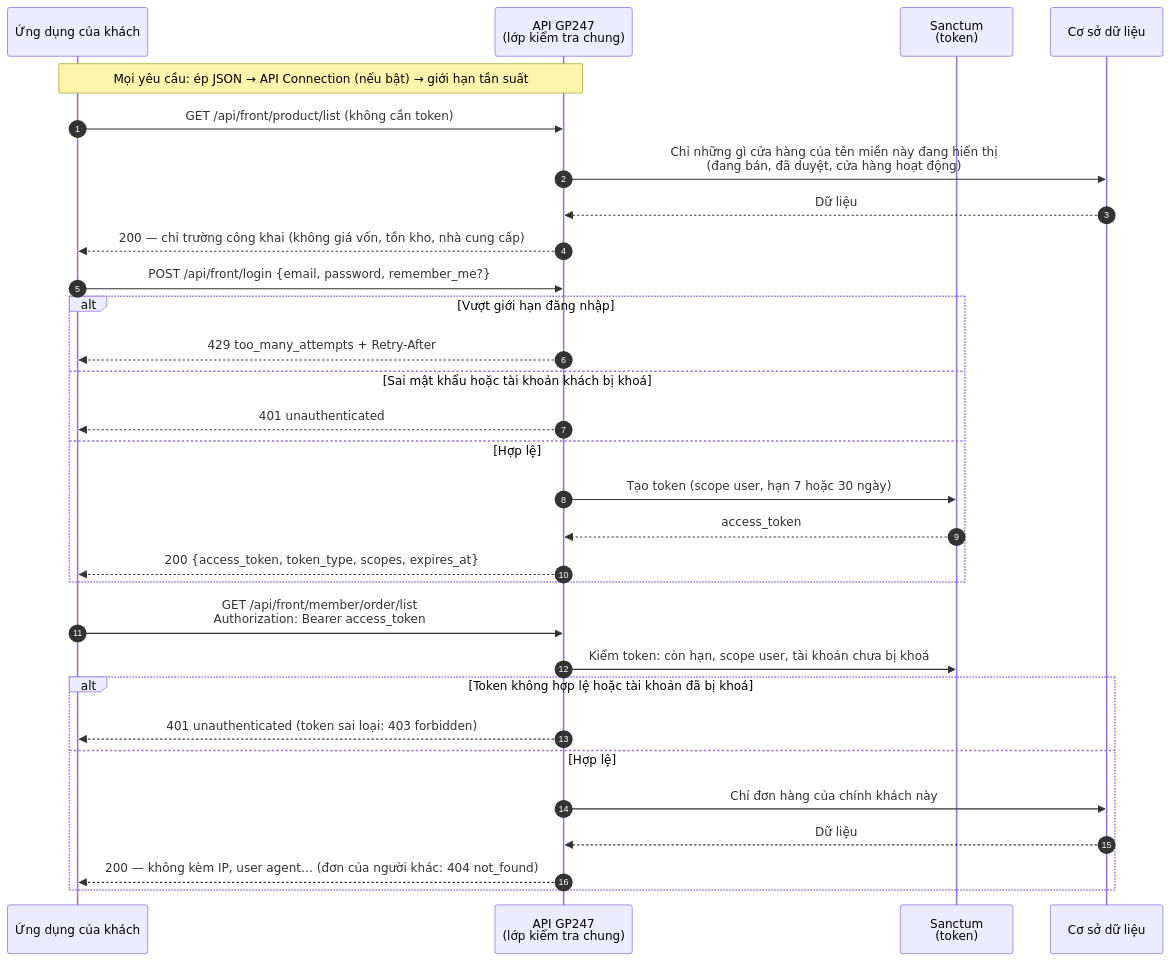
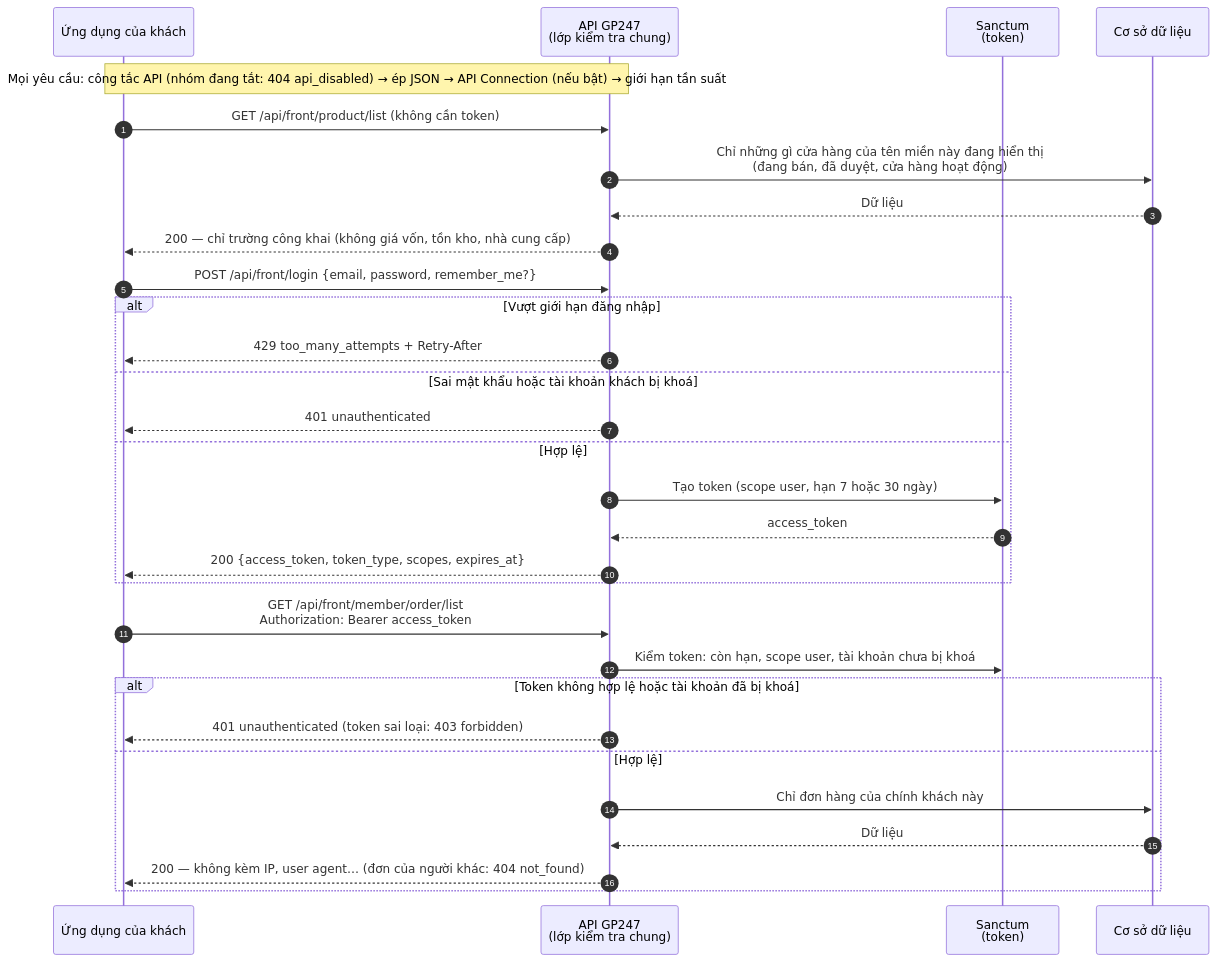
One commit to gp247net/gp247-docs changed the second of 2 diagrams in api/api-introduction_vi.md. Above: the diagram before and after it, drawn with Mermaid. The commit also changed other lines of this file and 6 other files, not shown here.

````diff
--- a/api/api-introduction_vi.md
+++ b/api/api-introduction_vi.md
@@ -279,32 +289,32 @@
 ```mermaid
 sequenceDiagram
     autonumber
     participant K as Ứng dụng của khách
     participant M as API GP247<br/>(lớp kiểm tra chung)
     participant S as Sanctum<br/>(token)
     participant D as Cơ sở dữ liệu
-    Note over K,M: Mọi yêu cầu: ép JSON → API Connection (nếu bật) → giới hạn tần suất
+    Note over K,M: Mọi yêu cầu: công tắc API (nhóm đang tắt: 404 api_disabled) → ép JSON → API Connection (nếu bật) → giới hạn tần suất
     K->>M: GET /api/front/product/list (không cần token)
     M->>D: Chỉ những gì cửa hàng của tên miền này đang hiển thị<br/>(đang bán, đã duyệt, cửa hàng hoạt động)
     D-->>M: Dữ liệu
     M-->>K: 200 — chỉ trường công khai (không giá vốn, tồn kho, nhà cung cấp)
     K->>M: POST /api/front/login {email, password, remember_me?}
     alt Vượt giới hạn đăng nhập
         M-->>K: 429 too_many_attempts + Retry-After
     else Sai mật khẩu hoặc tài khoản khách bị khoá
         M-->>K: 401 unauthenticated
     else Hợp lệ
         M->>S: Tạo token (scope user, hạn 7 hoặc 30 ngày)
         S-->>M: access_token
         M-->>K: 200 {access_token, token_type, scopes, expires_at}
     end
     K->>M: GET /api/front/member/order/list<br/>Authorization: Bearer access_token
     M->>S: Kiểm token: còn hạn, scope user, tài khoản chưa bị khoá
     alt Token không hợp lệ hoặc tài khoản đã bị khoá
         M-->>K: 401 unauthenticated (token sai loại: 403 forbidden)
     else Hợp lệ
         M->>D: Chỉ đơn hàng của chính khách này
         D-->>M: Dữ liệu
         M-->>K: 200 — không kèm IP, user agent… (đơn của người khác: 404 not_found)
     end
 ```
````
